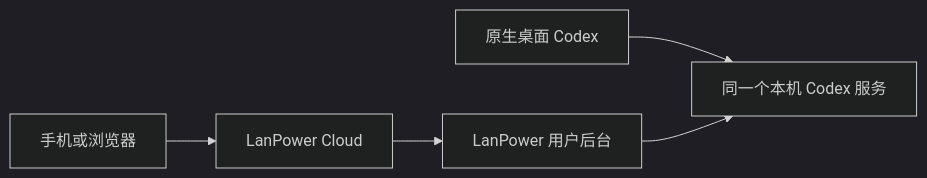
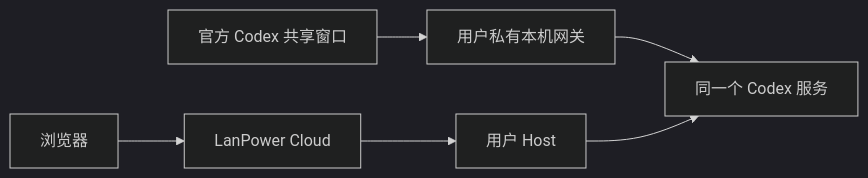
One commit to Saksk-IT/LanPower changed the diagram in docs/codex-remote-takeover.md. Above: the diagram before and after it, drawn with Mermaid (dark theme). The commit also changed other lines of this file and 39 other files, not shown here.

````diff
--- a/docs/codex-remote-takeover.md
+++ b/docs/codex-remote-takeover.md
@@ -28,7 +32,8 @@
 ```mermaid
 flowchart LR
-    D[原生桌面 Codex] --> S[同一个本机 Codex 服务]
-    R[手机或浏览器] --> C[LanPower Cloud]
-    C --> H[LanPower 用户后台]
+    D[官方 Codex 共享窗口] --> G[用户私有本机网关]
+    G --> S[同一个 Codex 服务]
+    W[浏览器] --> C[LanPower Cloud]
+    C --> H[用户 Host]
     H --> S
 ```
````
